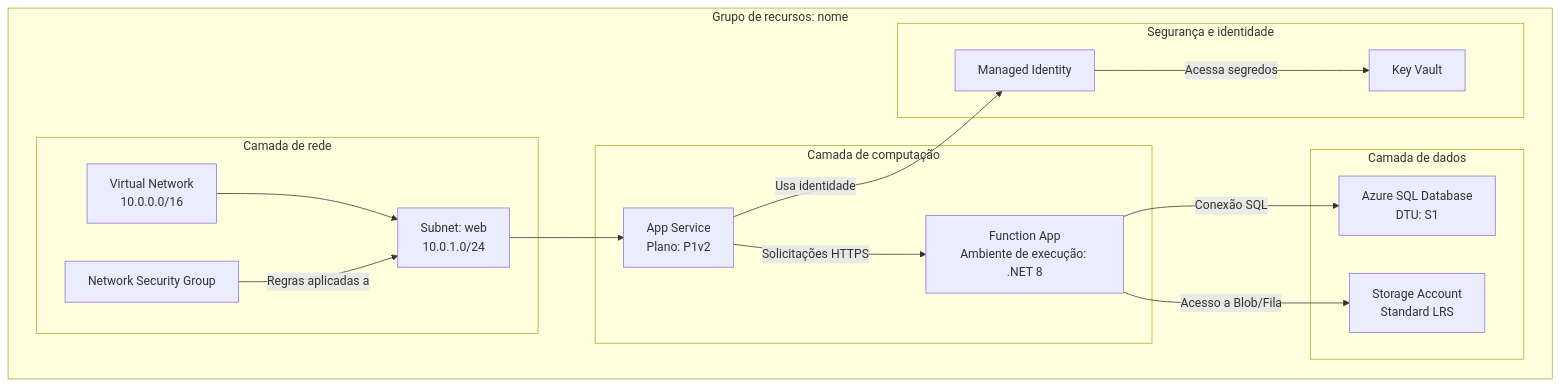
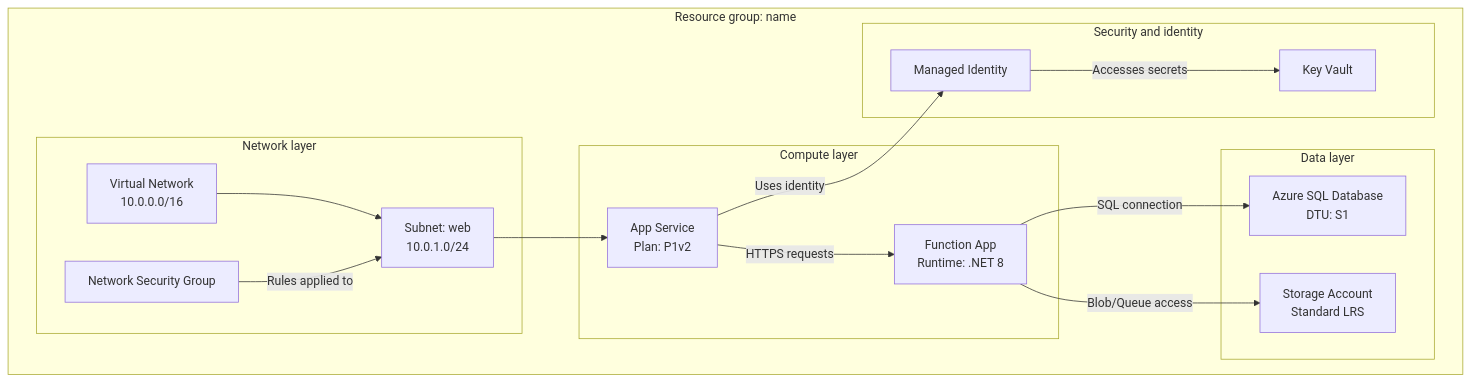
Before and after one commit to serpro-workshop-fortaleza/sifap-modernization-paula: the diagram in .github/skills/azure-resource-visualizer/SKILL.md, drawn with Mermaid. The commit also changed other lines of this file and 152 other files, not shown here.

````diff
--- a/.github/skills/azure-resource-visualizer/SKILL.md
+++ b/.github/skills/azure-resource-visualizer/SKILL.md
@@ -54,30 +54,30 @@
 ```mermaid
 graph TB
-    subgraph "Grupo de recursos: nome"
-        subgraph "Camada de rede"
+    subgraph "Resource group: name"
+        subgraph "Network layer"
             VNET[Virtual Network<br/>10.0.0.0/16]
             SUBNET1[Subnet: web<br/>10.0.1.0/24]
             NSG[Network Security Group]
         end
-        subgraph "Camada de computação"
-            APP[App Service<br/>Plano: P1v2]
-            FUNC[Function App<br/>Ambiente de execução: .NET 8]
+        subgraph "Compute layer"
+            APP[App Service<br/>Plan: P1v2]
+            FUNC[Function App<br/>Runtime: .NET 8]
         end
-        subgraph "Camada de dados"
+        subgraph "Data layer"
             SQL[Azure SQL Database<br/>DTU: S1]
             STORAGE[Storage Account<br/>Standard LRS]
         end
-        subgraph "Segurança e identidade"
+        subgraph "Security and identity"
             KV[Key Vault]
             MI[Managed Identity]
         end
     end
-    APP -->|"Solicitações HTTPS"| FUNC
-    FUNC -->|"Conexão SQL"| SQL
-    FUNC -->|"Acesso a Blob/Fila"| STORAGE
-    APP -->|"Usa identidade"| MI
-    MI -->|"Acessa segredos"| KV
+    APP -->|"HTTPS requests"| FUNC
+    FUNC -->|"SQL connection"| SQL
+    FUNC -->|"Blob/Queue access"| STORAGE
+    APP -->|"Uses identity"| MI
+    MI -->|"Accesses secrets"| KV
     VNET --> SUBNET1
     SUBNET1 --> APP
-    NSG -->|"Regras aplicadas a"| SUBNET1
+    NSG -->|"Rules applied to"| SUBNET1
 ```
````
